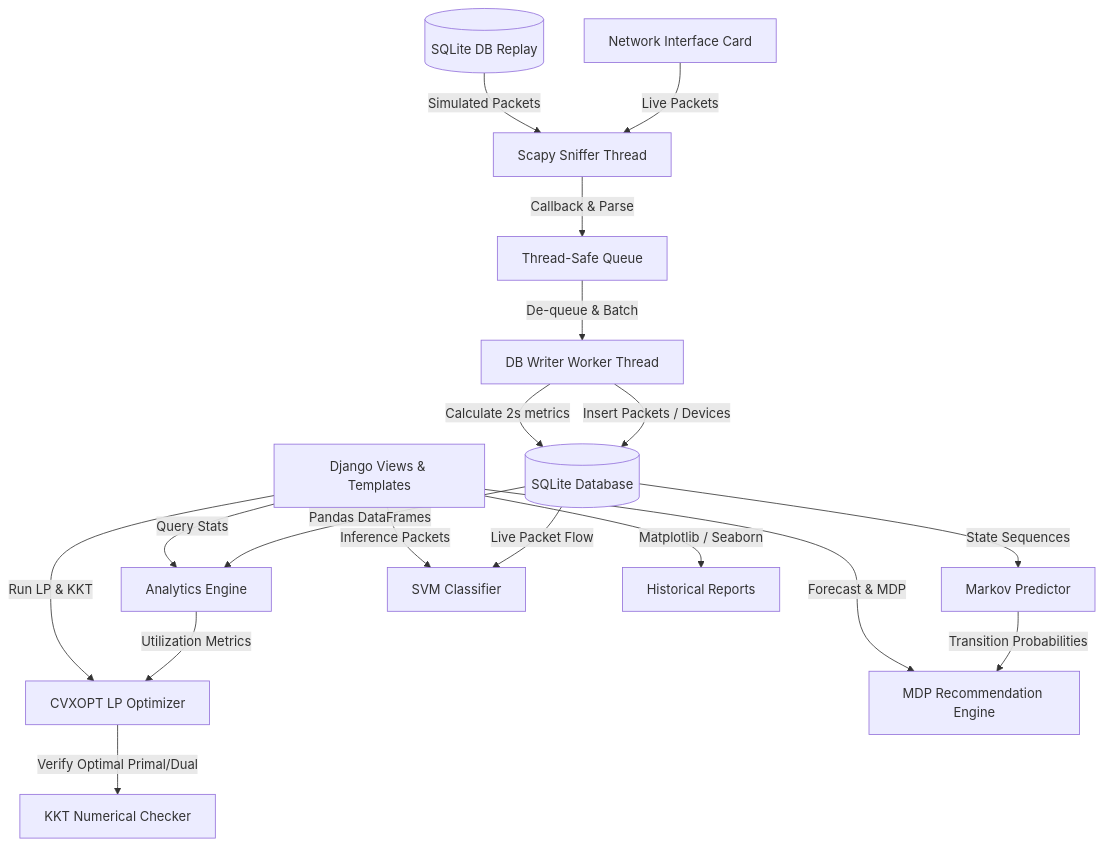
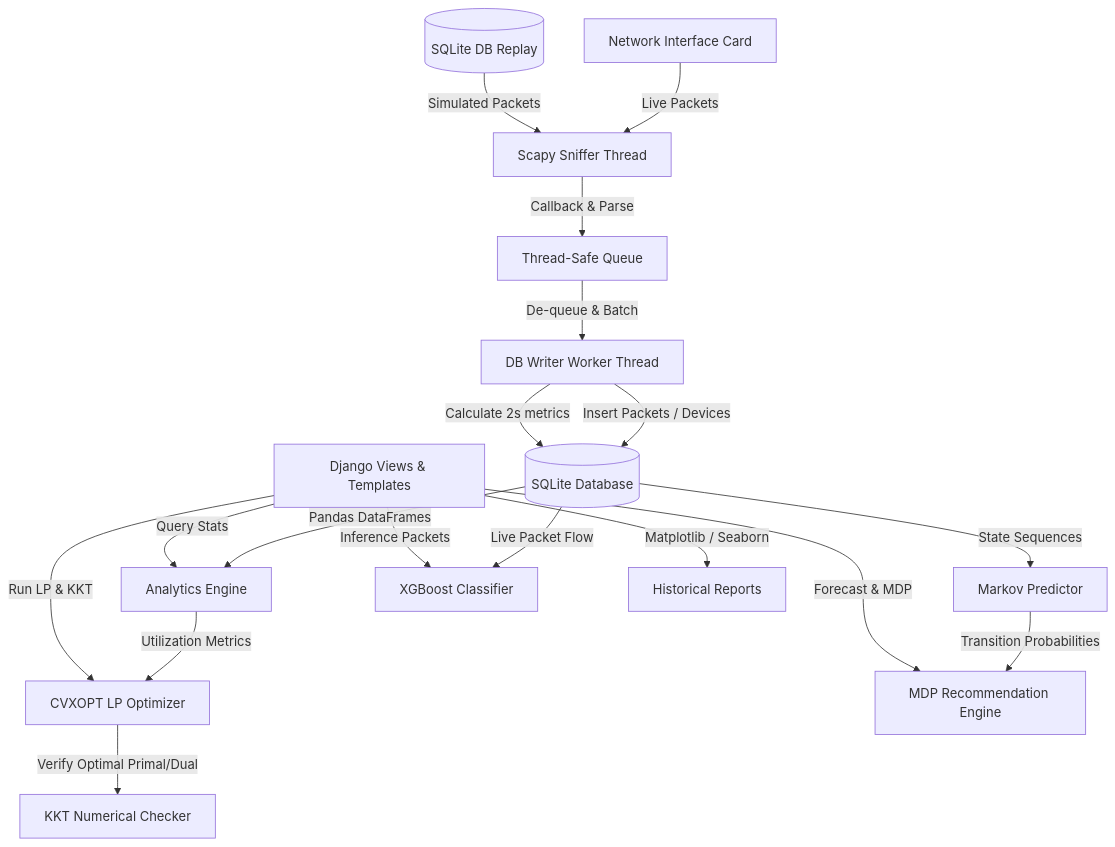
Before and after one commit to raghuramch028/NetInsight-X: the first of 4 diagrams in docs/IEEE_Report.md, drawn with Mermaid. The commit also changed other lines of this file and 16 other files, not shown here.

Commit message:
fix(phase4): comprehensive remediation of all 20 audit issues across architecture, agents, security, and docs

````diff
--- a/docs/IEEE_Report.md
+++ b/docs/IEEE_Report.md
@@ -52,24 +52,24 @@
 ```mermaid
 graph TD
     NIC[Network Interface Card] -->|Live Packets| Sniff[Scapy Sniffer Thread]
     DB_Replay[(SQLite DB Replay)] -->|Simulated Packets| Sniff
     Sniff -->|Callback & Parse| Queue[Thread-Safe Queue]
     Queue -->|De-queue & Batch| Writer[DB Writer Worker Thread]
     Writer -->|Insert Packets / Devices| SQLite[(SQLite Database)]
     Writer -->|Calculate 2s metrics| SQLite
     
     SQLite -->|Pandas DataFrames| Analytics[Analytics Engine]
     SQLite -->|State Sequences| Predictor[Markov Predictor]
-    SQLite -->|Live Packet Flow| Classifier[SVM Classifier]
+    SQLite -->|Live Packet Flow| Classifier[XGBoost Classifier]
     
     Analytics -->|Utilization Metrics| Optimizer[CVXOPT LP Optimizer]
     Predictor -->|Transition Probabilities| MDP[MDP Recommendation Engine]
     
     Optimizer -->|Verify Optimal Primal/Dual| KKT[KKT Numerical Checker]
     
     Dashboard[Django Views & Templates] -->|Query Stats| Analytics
     Dashboard -->|Run LP & KKT| Optimizer
     Dashboard -->|Forecast & MDP| MDP
     Dashboard -->|Inference Packets| Classifier
     Dashboard -->|Matplotlib / Seaborn| Reports[Historical Reports]
 ```
````
